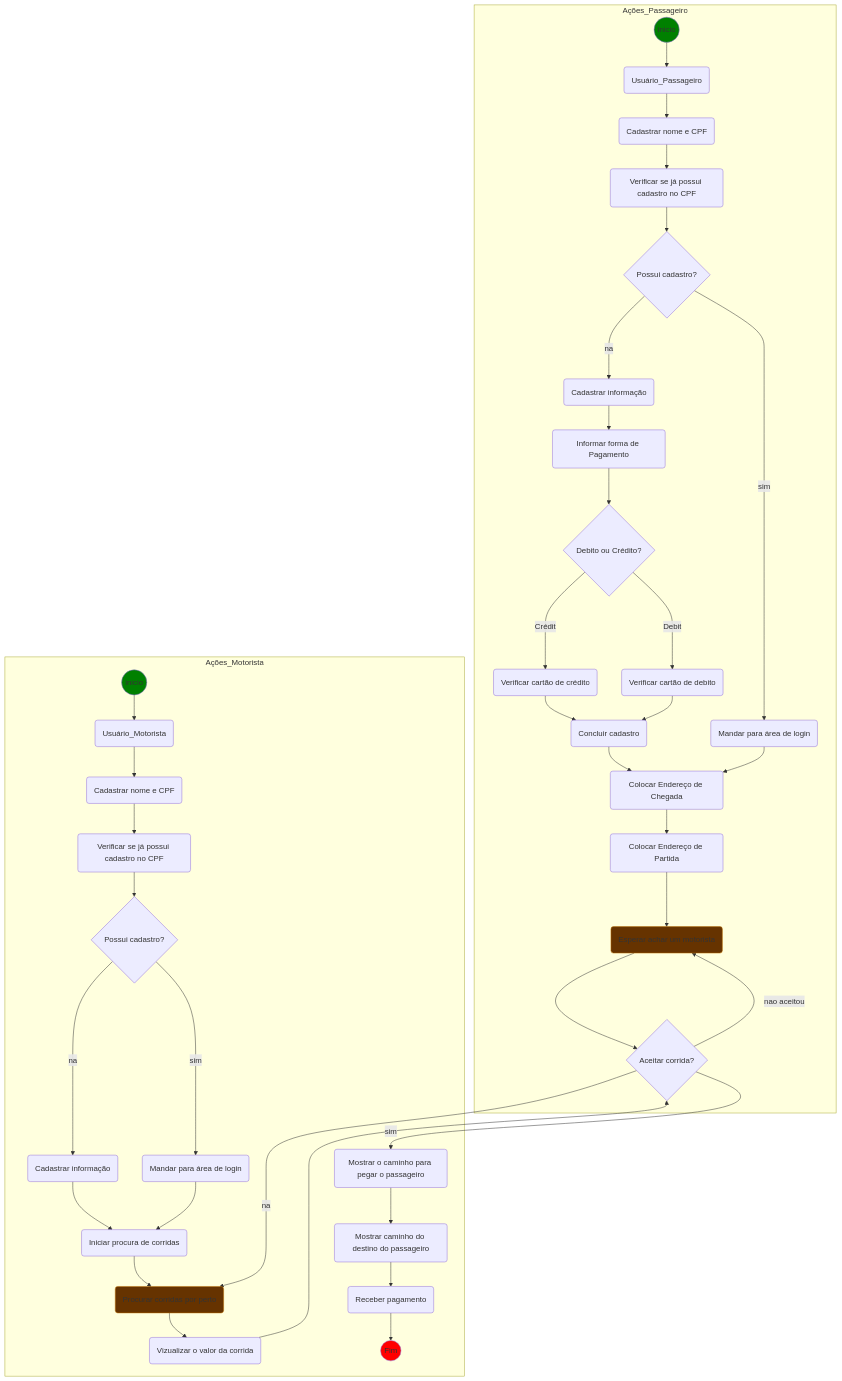
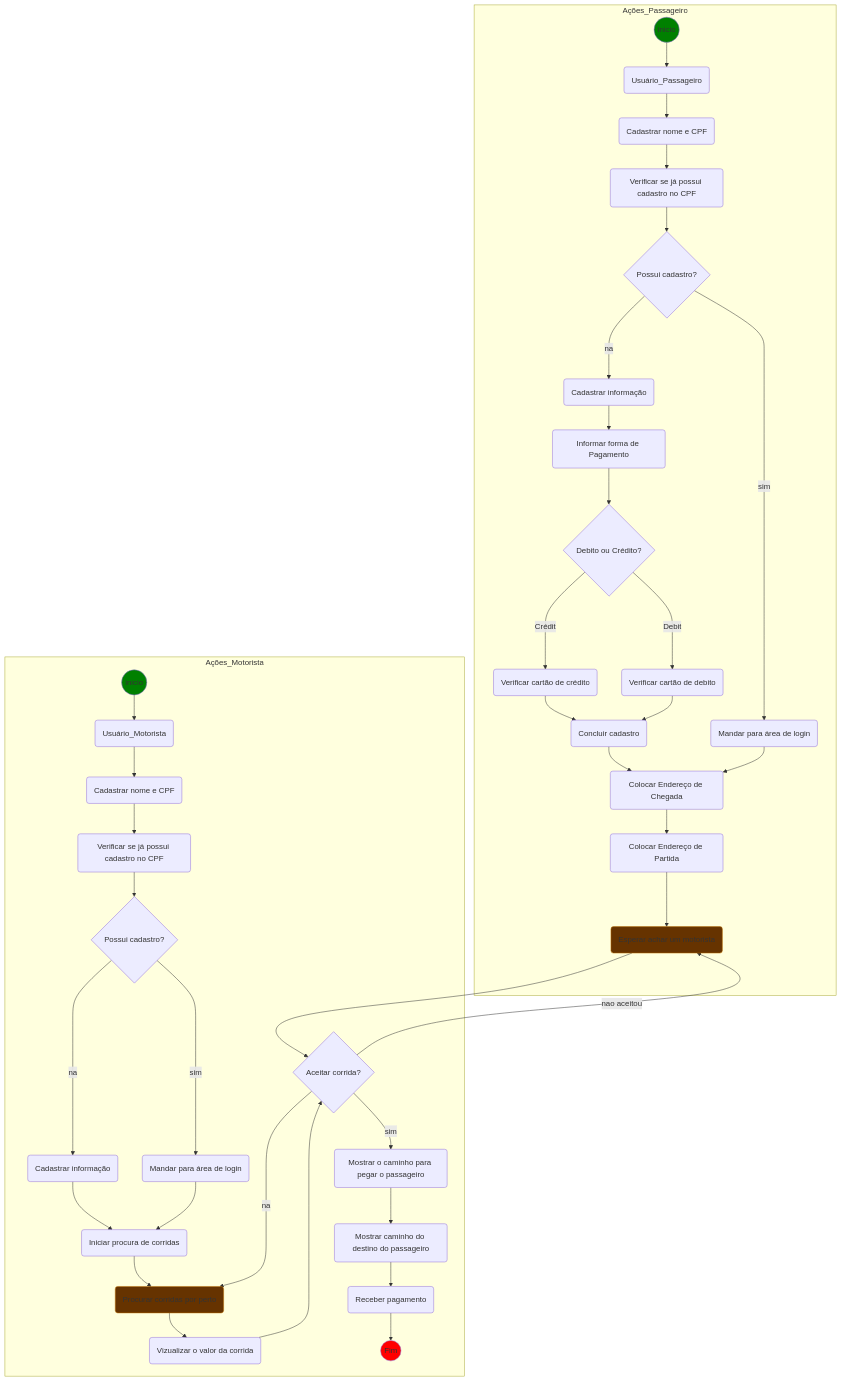
One commit to WillianHidekiGG/Estudo_Diagrama_Aplicativo_de_Viagem changed the diagram in README.md. Above: the diagram before and after it, drawn with Mermaid.

````diff
--- a/README.md
+++ b/README.md
@@ -39,7 +39,7 @@
         concluirCadastro_P & login_P-->enderecoChegada_P
         enderecoChegada_P-->enderecoPartida_P
         enderecoPartida_P-->procurarMotorista
-        aceitarCorrida--nao aceitou-->procurarMotorista
+
 end
 
 
@@ -56,6 +56,7 @@
     procurarCorridas(Procurar corridas por perto)
     style procurarCorridas fill:#663300,stroke:#BD7000,stroke-width:1px
     valorCorrida(Vizualizar o valor da corrida)
+    aceitarCorrida{Aceitar corrida?}
     pontoPassageiro(Mostrar o caminho para pegar o passageiro)
     destinoPassageiro(Mostrar caminho do destino do passageiro)
     receberPagamento(Receber pagamento)
@@ -75,11 +76,12 @@
         aceitarCorrida--sim-->pontoPassageiro
         pontoPassageiro-->destinoPassageiro
         destinoPassageiro-->receberPagamento
+        valorCorrida-->aceitarCorrida
+        aceitarCorrida--nao aceitou-->procurarMotorista
+        procurarMotorista-->aceitarCorrida
         receberPagamento-->fim
         
+        
 end
-        aceitarCorrida{Aceitar corrida?}
-        valorCorrida-->aceitarCorrida
-        procurarMotorista-->aceitarCorrida
 
 ```
````
